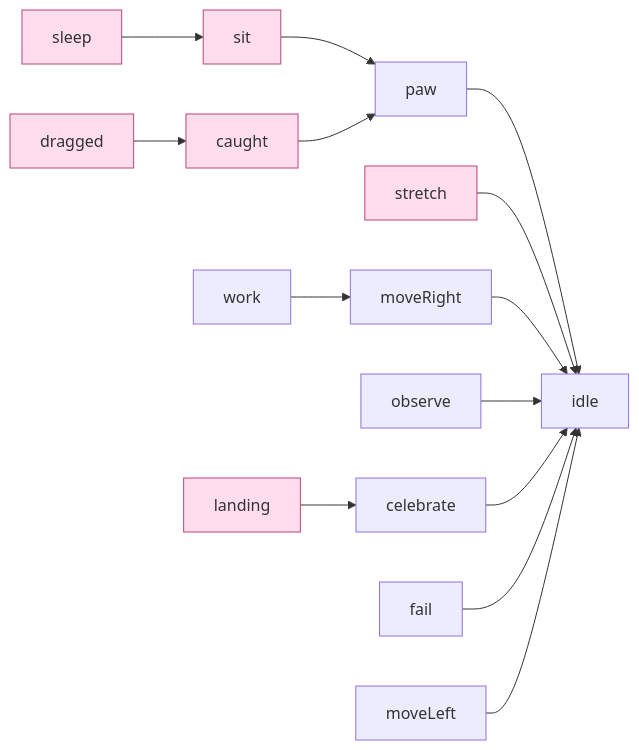
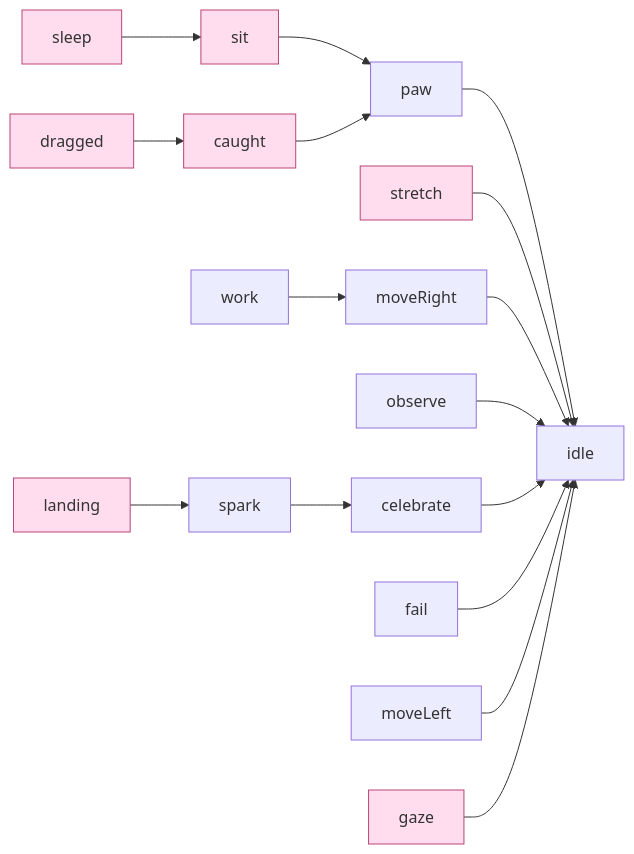
The diagram in docs/pets.md (creatorKoo/Roamling), drawn with Mermaid before and after one commit. The commit also changed other lines of this file and 7 other files, not shown here.

````diff
--- a/docs/pets.md
+++ b/docs/pets.md
@@ -89,16 +102,18 @@
 ```mermaid
 flowchart LR
     sleep --> sit --> paw --> idle
     stretch --> idle
     work --> moveRight --> idle
     observe --> idle
     celebrate --> idle
+    spark --> celebrate
     fail --> idle
     moveLeft --> idle
+    gaze --> idle
     caught --> paw
     dragged --> caught
-    landing --> celebrate
+    landing --> spark
 
     classDef borrowed fill:#fde,stroke:#b47
-    class sleep,sit,stretch,caught,dragged,landing borrowed
+    class sleep,sit,stretch,gaze,caught,dragged,landing borrowed
 ```
````
